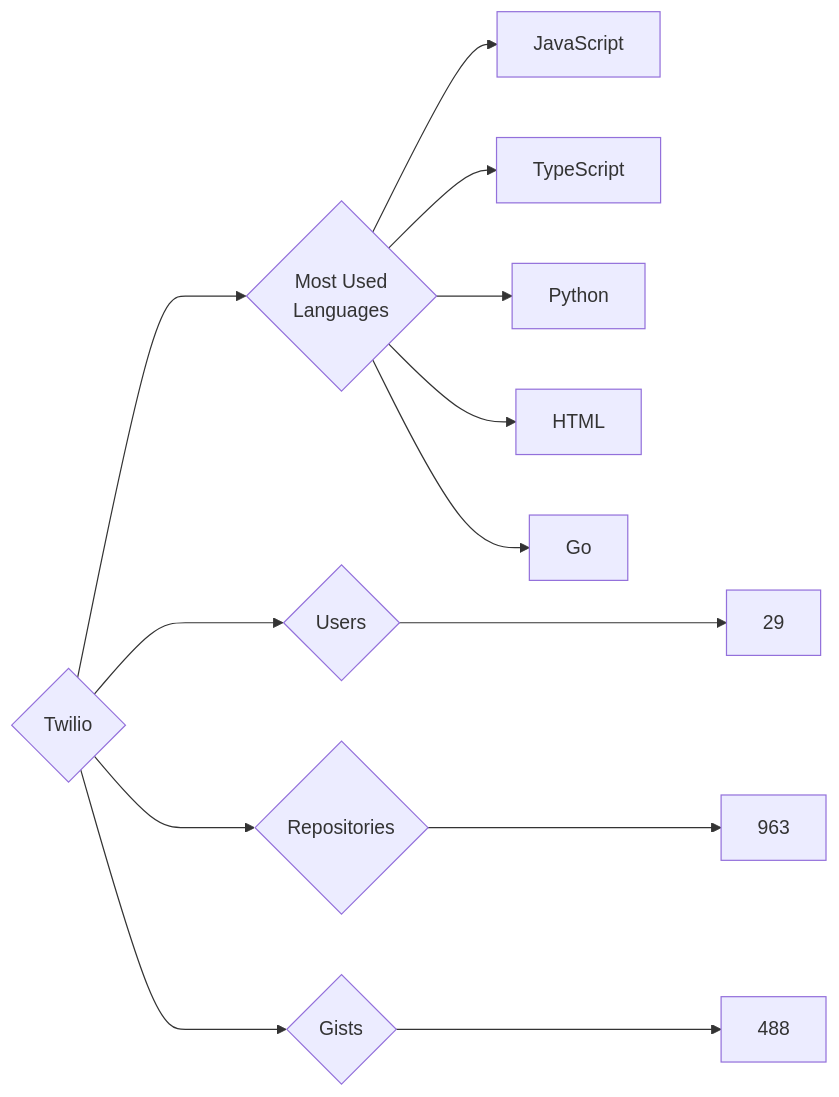
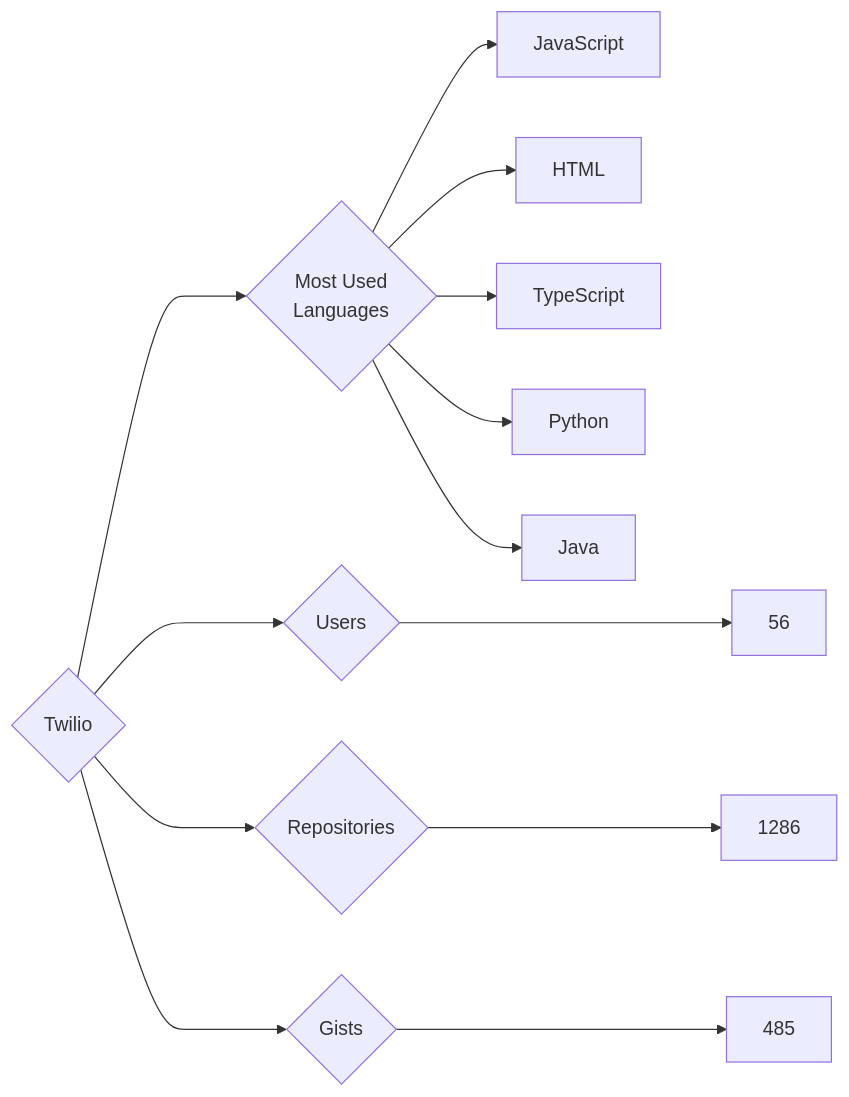
One commit to trickest/insiders changed the diagram in targets/Twilio/README.md. Above: the diagram before and after it, drawn with Mermaid. The commit also changed 948 other files, not shown here.

````diff
--- a/targets/Twilio/README.md
+++ b/targets/Twilio/README.md
@@ -3,13 +3,13 @@
 ```mermaid
 graph LR
 COMPANY_NAME{Twilio}
-COMPANY_NAME ---> U{Users} ---> UN[29]
-COMPANY_NAME ---> R{Repositories} ---> RN[963]
-COMPANY_NAME ---> G{Gists} ---> GN[488]
+COMPANY_NAME ---> U{Users} ---> UN[56]
+COMPANY_NAME ---> R{Repositories} ---> RN[1286]
+COMPANY_NAME ---> G{Gists} ---> GN[485]
 COMPANY_NAME ---> ML{Most Used<br>Languages}
 ML --> JavaScript[JavaScript]
+ML --> HTML[HTML]
 ML --> TypeScript[TypeScript]
 ML --> Python[Python]
-ML --> HTML[HTML]
-ML --> Go[Go]
+ML --> Java[Java]
 ```
````
